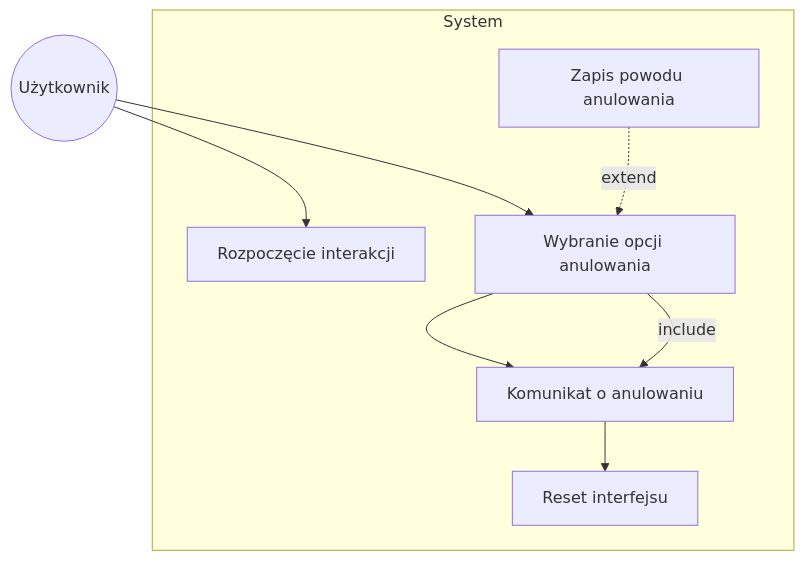
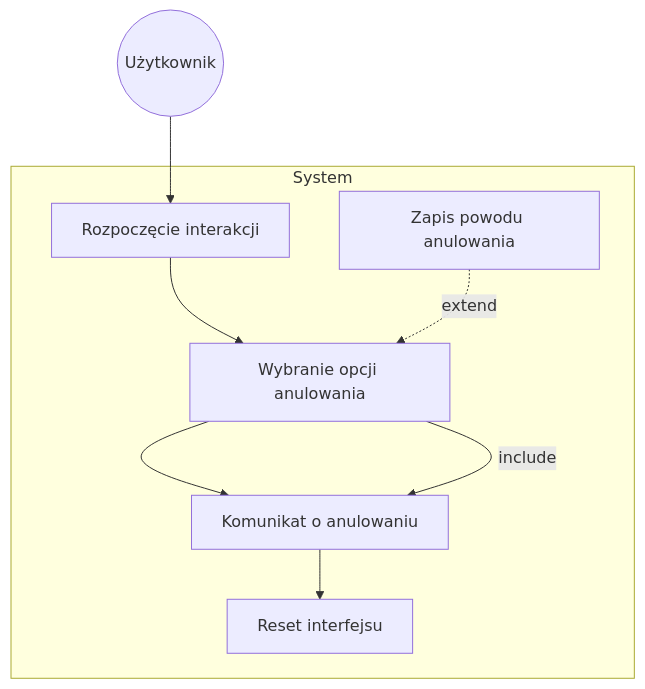
Before and after one commit to ArtemOmelchenk0/MWO: the second of 2 diagrams in Historie dla użytkownika.md, drawn with Mermaid. The commit also changed other lines of this file, not shown here.

Commit message:
Update Historie dla użytkownika.md

````diff
--- a/Historie dla użytkownika.md
+++ b/Historie dla użytkownika.md
@@ -48,31 +48,28 @@
 ```mermaid
-
 graph TD
     User(("Użytkownik"))
-
     UseCase1["Rozpoczęcie interakcji"]
     UseCase2["Wybranie opcji anulowania"]
     UseCase3["Komunikat o anulowaniu"]
     UseCase4["Reset interfejsu"]
     UseCase5["Zapis powodu anulowania"]
 
     User --> UseCase1
-    User --> UseCase2
+    UseCase1 --> UseCase2
     UseCase2 --> UseCase3
     UseCase3 --> UseCase4
 
+    %% Include relationship
+    UseCase2 --include--> UseCase3
+
     %% Extend relationship
     UseCase5 -.extend.-> UseCase2
-
-    %% Include relationship
-    UseCase2 --include--> UseCase3
 
     subgraph System
         UseCase1
         UseCase2
         UseCase3
         UseCase4
         UseCase5
     end
-
 ```
````
